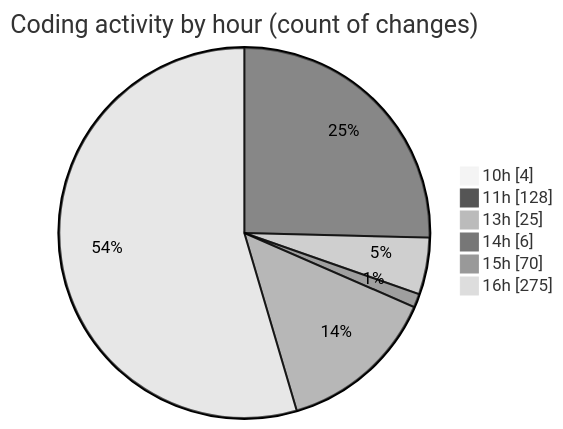
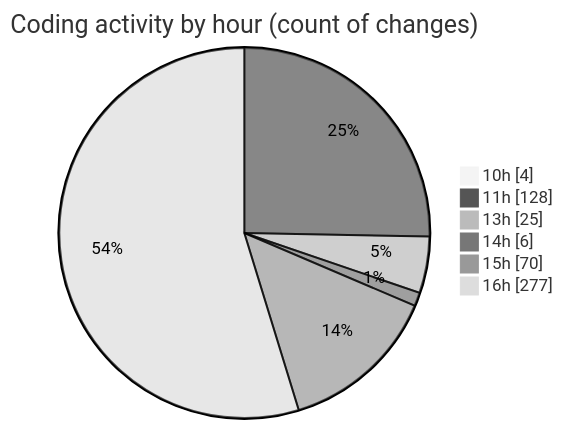
One commit to nxtqubesakshisongat/code-tracking changed the second of 2 diagrams in 2025-04-14/nxtqube_webapp/README.md. Above: the diagram before and after it, drawn with Mermaid (neutral theme). The commit also changed other lines of this file and 1 other file, not shown here.

````diff
--- a/2025-04-14/nxtqube_webapp/README.md
+++ b/2025-04-14/nxtqube_webapp/README.md
@@ -39,10 +39,10 @@
 ```mermaid
 pie showData
 title Coding activity by hour (count of changes)
 "10h" : 4
 "11h" : 128
 "13h" : 25
 "14h" : 6
 "15h" : 70
-"16h" : 275
+"16h" : 277
 ```
````
